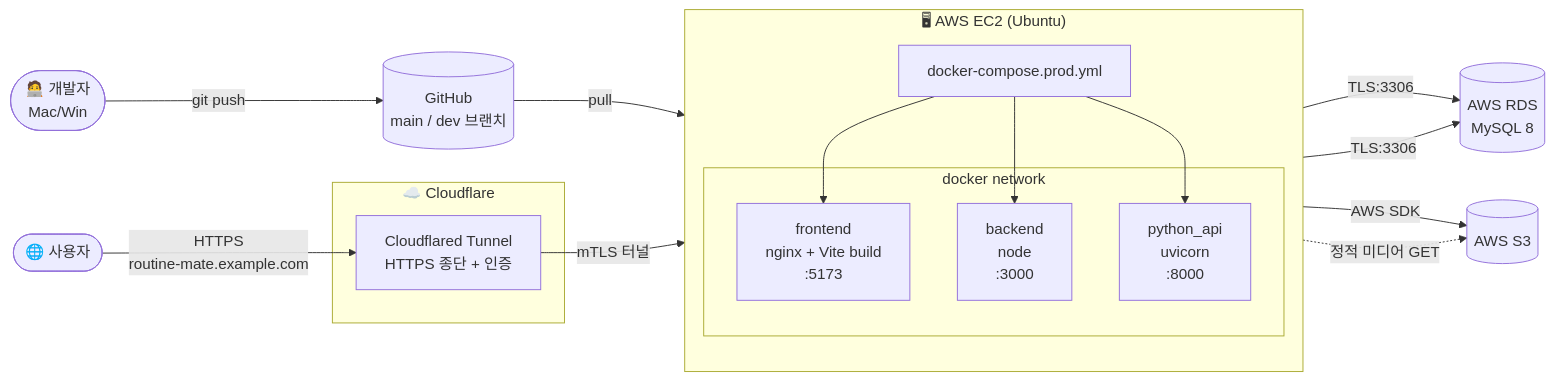
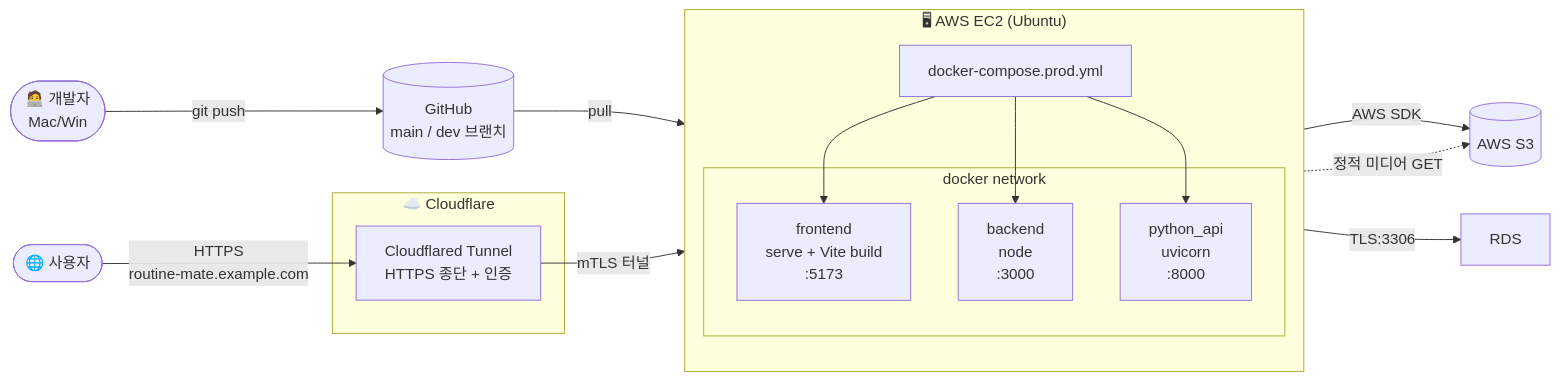
One commit to junseoja/capston changed the first of 2 diagrams in docs/report/07-deployment.md. Above: the diagram before and after it, drawn with Mermaid. The commit also changed other lines of this file and 9 other files, not shown here.

````diff
--- a/docs/report/07-deployment.md
+++ b/docs/report/07-deployment.md
@@ -5,28 +5,27 @@
 ```mermaid
 flowchart LR
     Dev([🧑‍💻 개발자<br/>Mac/Win]) -- git push --> GH[(GitHub<br/>main / dev 브랜치)]
     GH -- pull --> EC2
 
     subgraph CF["☁️ Cloudflare"]
       CFT[Cloudflared Tunnel<br/>HTTPS 종단 + 인증]
     end
 
     Internet([🌐 사용자]) -- HTTPS<br/>routine-mate.example.com --> CFT
     CFT -- mTLS 터널 --> EC2
 
     subgraph EC2["🖥 AWS EC2 (Ubuntu)"]
       direction TB
       Compose["docker-compose.prod.yml"]
       subgraph DC["docker network"]
-        FE2[frontend<br/>nginx + Vite build<br/>:5173]
+        FE2[frontend<br/>serve + Vite build<br/>:5173]
         BE2[backend<br/>node<br/>:3000]
         API2[python_api<br/>uvicorn<br/>:8000]
       end
       Compose --> FE2 & BE2 & API2
     end
 
-    BE2 -- TLS:3306 --> RDS[(AWS RDS<br/>MySQL 8)]
     BE2 -- AWS SDK --> S3
     API2 -- TLS:3306 --> RDS
     FE2 -. 정적 미디어 GET .-> S3[(AWS S3)]
 ```
````
